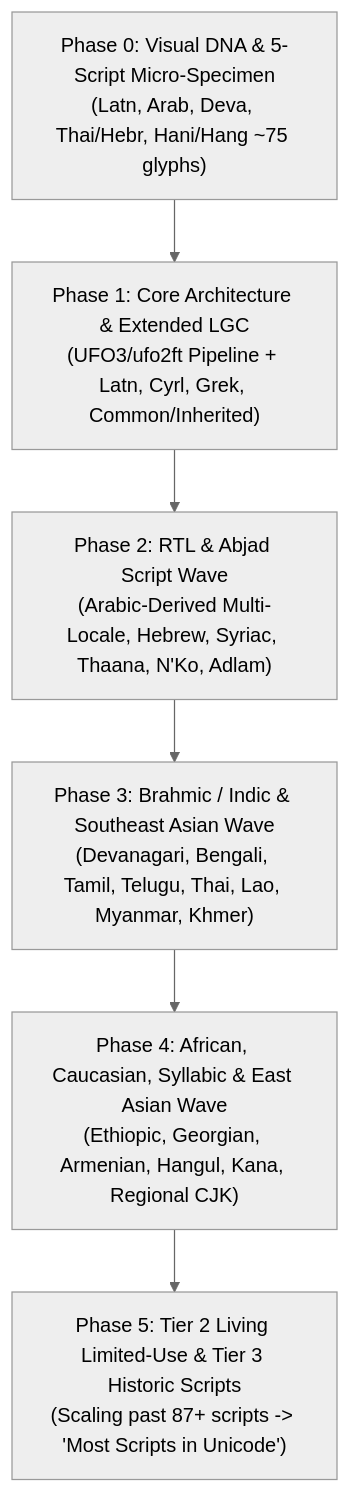
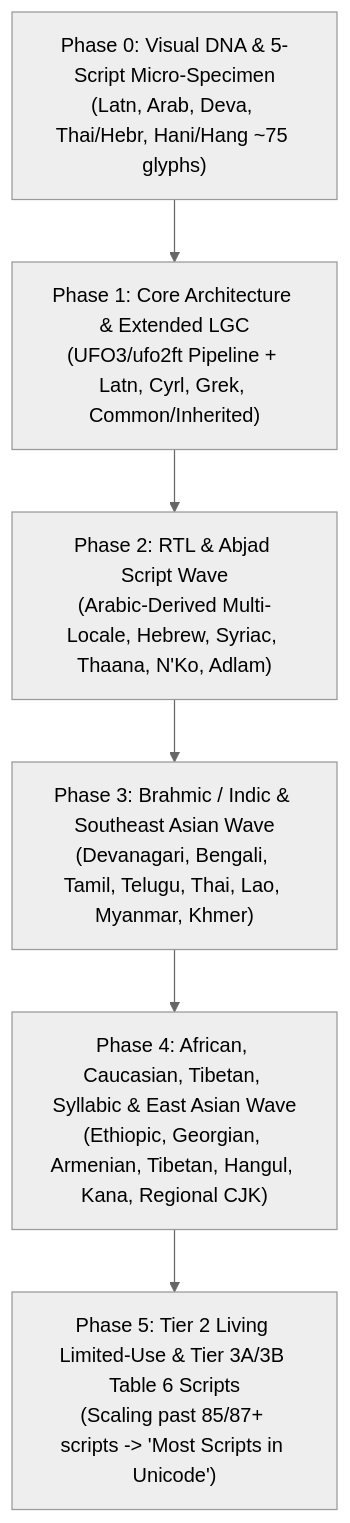
The fourth of 4 diagrams in docs/SEIHOUSE-NOTO-HANDBOOK.md (SEIHouse/FONT-LAB), drawn with Mermaid (neutral theme) before and after one commit. The commit also changed other lines of this file, not shown here.

Commit message:
fix(docs): reconcile script tier counts and memberships with UAX #31 tables

````diff
--- a/docs/SEIHOUSE-NOTO-HANDBOOK.md
+++ b/docs/SEIHOUSE-NOTO-HANDBOOK.md
@@ -593,8 +594,8 @@
 ```mermaid
 flowchart TD
     P0["Phase 0: Visual DNA & 5-Script Micro-Specimen\n(Latn, Arab, Deva, Thai/Hebr, Hani/Hang ~75 glyphs)"] --> P1["Phase 1: Core Architecture & Extended LGC\n(UFO3/ufo2ft Pipeline + Latn, Cyrl, Grek, Common/Inherited)"]
     P1 --> P2["Phase 2: RTL & Abjad Script Wave\n(Arabic-Derived Multi-Locale, Hebrew, Syriac, Thaana, N'Ko, Adlam)"]
     P2 --> P3["Phase 3: Brahmic / Indic & Southeast Asian Wave\n(Devanagari, Bengali, Tamil, Telugu, Thai, Lao, Myanmar, Khmer)"]
-    P3 --> P4["Phase 4: African, Caucasian, Syllabic & East Asian Wave\n(Ethiopic, Georgian, Armenian, Hangul, Kana, Regional CJK)"]
-    P4 --> P5["Phase 5: Tier 2 Living Limited-Use & Tier 3 Historic Scripts\n(Scaling past 87+ scripts -> 'Most Scripts in Unicode')"]
+    P3 --> P4["Phase 4: African, Caucasian, Tibetan, Syllabic & East Asian Wave\n(Ethiopic, Georgian, Armenian, Tibetan, Hangul, Kana, Regional CJK)"]
+    P4 --> P5["Phase 5: Tier 2 Living Limited-Use & Tier 3A/3B Table 6 Scripts\n(Scaling past 85/87+ scripts -> 'Most Scripts in Unicode')"]
 ```
````
